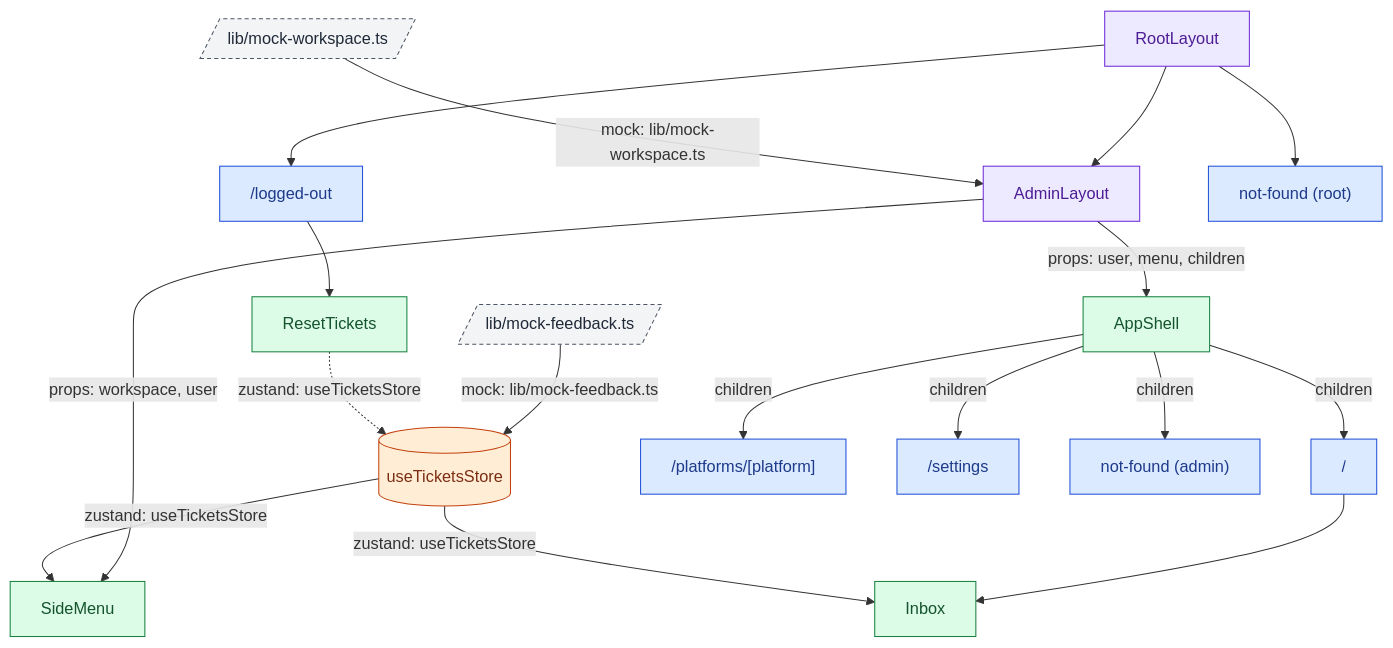
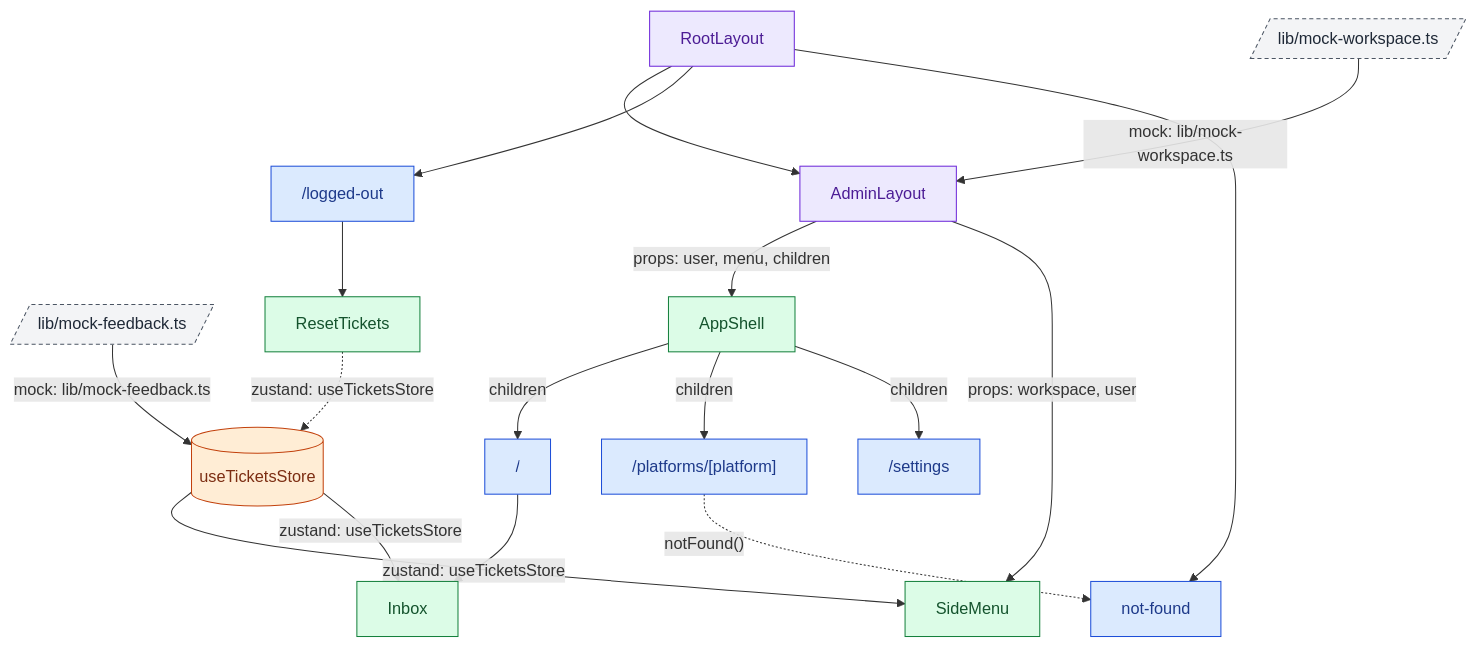
Before and after one commit to AlberteViendahl/feedback: the fourth of 13 diagrams in apps/admin/docs/architecture.md, drawn with Mermaid. The commit also changed other lines of this file and 1 other file, not shown here.

Commit message:
Updates to architecture and previous specs

````diff
--- a/apps/admin/docs/architecture.md
+++ b/apps/admin/docs/architecture.md
@@ -104,45 +104,44 @@
 ```mermaid
 flowchart TD
   MockWorkspace[/"lib/mock-workspace.ts"/]:::mock
   MockFeedback[/"lib/mock-feedback.ts"/]:::mock
   Store[("useTicketsStore")]:::store
 
   Root["RootLayout"]:::layout
   Admin["AdminLayout"]:::layout
   AppShell["AppShell"]:::component
   SideMenu["SideMenu"]:::component
 
   Home["/"]:::page
   Inbox["Inbox"]:::component
   Platform["/platforms/[platform]"]:::page
   Settings["/settings"]:::page
-  AdminNotFound["not-found (admin)"]:::page
 
   LoggedOut["/logged-out"]:::page
   ResetTickets["ResetTickets"]:::component
-  RootNotFound["not-found (root)"]:::page
+  NotFound["not-found"]:::page
 
   Root --> Admin
   Root --> LoggedOut
-  Root --> RootNotFound
+  Root --> NotFound
   MockWorkspace -- "mock: lib/mock-workspace.ts" --> Admin
   Admin -- "props: user, menu, children" --> AppShell
   Admin -- "props: workspace, user" --> SideMenu
   AppShell -- "children" --> Home
   AppShell -- "children" --> Platform
   AppShell -- "children" --> Settings
-  AppShell -- "children" --> AdminNotFound
+  Platform -. "notFound()" .-> NotFound
   Home --> Inbox
   LoggedOut --> ResetTickets
 
   MockFeedback -- "mock: lib/mock-feedback.ts" --> Store
   Store -- "zustand: useTicketsStore" --> SideMenu
   Store -- "zustand: useTicketsStore" --> Inbox
   ResetTickets -. "zustand: useTicketsStore" .-> Store
 
   classDef page fill:#DBEAFE,stroke:#1D4ED8,color:#1E3A8A
   classDef layout fill:#EDE9FE,stroke:#6D28D9,color:#4C1D95
   classDef component fill:#DCFCE7,stroke:#15803D,color:#14532D
   classDef store fill:#FFEDD5,stroke:#C2410C,color:#7C2D12
   classDef mock fill:#F3F4F6,stroke:#4B5563,color:#1F2937,stroke-dasharray:4 3
 ```
````
